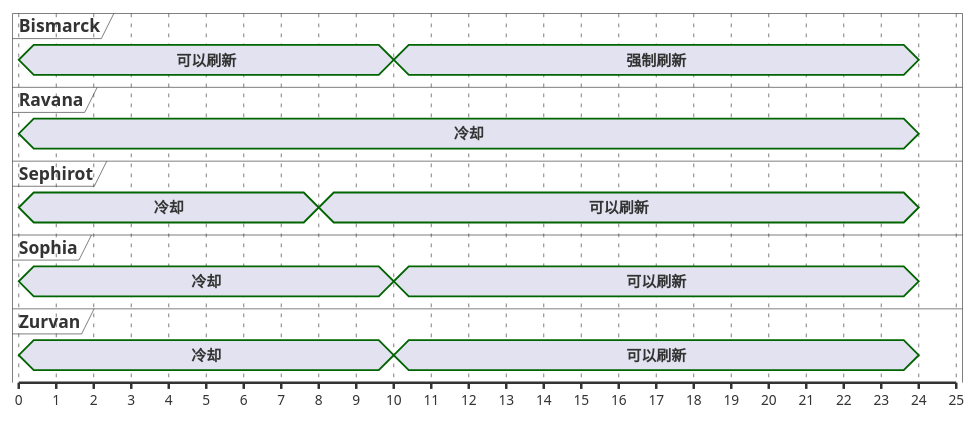
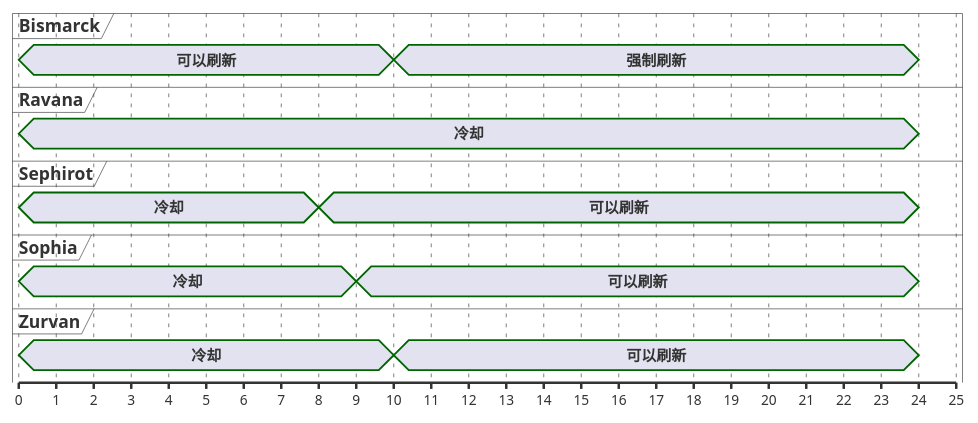
Diagram 13 of 13 in ffxiv/hunt/6.0/Ophioneus.md (Eroleice/doc-pi), drawn with PlantUML before and after one commit. The commit also changed other lines of this file and 38 other files, not shown here.

````diff
--- a/ffxiv/hunt/6.0/Ophioneus.md
+++ b/ffxiv/hunt/6.0/Ophioneus.md
@@ -897,36 +897,36 @@
 ```plantuml
 @startuml
 scale 1 as 30 pixels
 
 concise Bismarck
 concise Ravana
 concise Sephirot
 concise Sophia
 concise Zurvan
 
 @Bismarck
 0 is 可以刷新
 10 is 强制刷新
 24 is {hidden}
 
 @Sephirot
 0 is 冷却
 8 is 可以刷新
 24 is {hidden}
 
 @Sophia
 0 is 冷却
-10 is 可以刷新
+9 is 可以刷新
 24 is {hidden}
 
 @Zurvan
 0 is 冷却
 10 is 可以刷新
 24 is {hidden}
 
 @Ravana
 0 is 冷却
 24 is {hidden}
 
 @enduml
 ```
````
